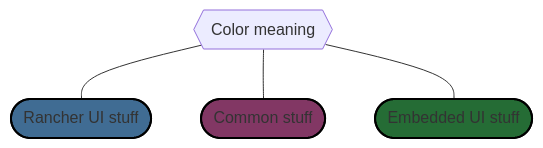
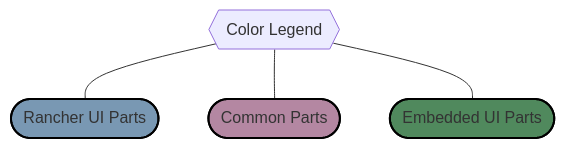
The first of 2 diagrams in README.md (epinio/epinio-end-to-end-tests), drawn with Mermaid before and after one commit. The commit also changed other lines of this file, not shown here.

First line of the commit message:
readability tweaks - no changes to technical content - phrasing, sentence structure - diagram colors made much lighter (*)

````diff
--- a/README.md
+++ b/README.md
@@ -73,10 +103,10 @@
 ```mermaid
 flowchart TB;
-    A{{Color meaning}}
-    A --- B([Rancher UI stuff])
-    A --- C([Common stuff])
-    A --- D([Embedded UI stuff])
-    style B fill:#406c93,stroke:#000000,stroke-width:2px;
-    style C fill:#823764,stroke:#000000,stroke-width:2px;
-    style D fill:#256C35,stroke:#000000,stroke-width:2px;
+    A{{Color Legend}}
+    A --- B([Rancher UI Parts])
+    A --- C([Common Parts])
+    A --- D([Embedded UI Parts])
+    style B fill:#7998b3,stroke:#000000,stroke-width:2px;
+    style C fill:#b487a2,stroke:#000000,stroke-width:2px;
+    style D fill:#50895d,stroke:#000000,stroke-width:2px;
 ```
````
